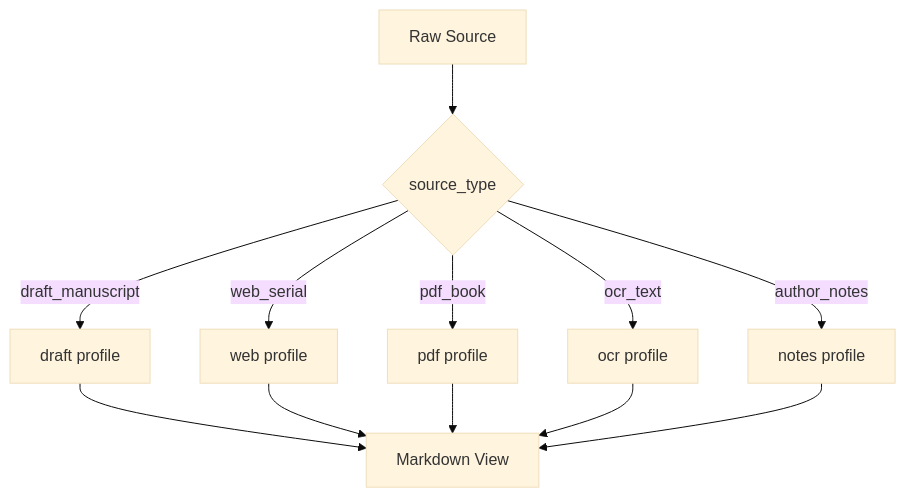
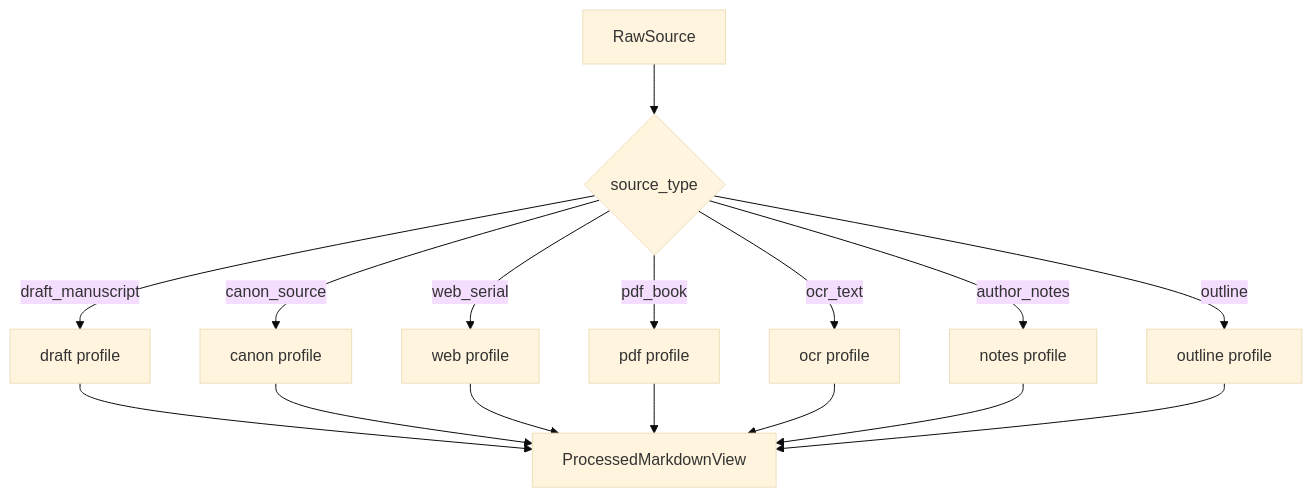
One commit to FrankQDWang/sextantlabs changed the fourth of 5 diagrams in goals/16-source-normalization.md. Above: the diagram before and after it, drawn with Mermaid (base theme). The commit also changed other lines of this file, not shown here.

Commit message:
Unify source normalization enums

````diff
--- a/goals/16-source-normalization.md
+++ b/goals/16-source-normalization.md
@@ -159,14 +183,18 @@
 ```mermaid
 flowchart TD
-    A[Raw Source] --> B{source_type}
+    A[RawSource] --> B{source_type}
     B -->|draft_manuscript| C[draft profile]
-    B -->|web_serial| D[web profile]
-    B -->|pdf_book| E[pdf profile]
-    B -->|ocr_text| F[ocr profile]
-    B -->|author_notes| G[notes profile]
-    C --> H[Markdown View]
-    D --> H
-    E --> H
-    F --> H
-    G --> H
+    B -->|canon_source| D[canon profile]
+    B -->|web_serial| E[web profile]
+    B -->|pdf_book| F[pdf profile]
+    B -->|ocr_text| G[ocr profile]
+    B -->|author_notes| H[notes profile]
+    B -->|outline| I[outline profile]
+    C --> J[ProcessedMarkdownView]
+    D --> J
+    E --> J
+    F --> J
+    G --> J
+    H --> J
+    I --> J
 ```
````
